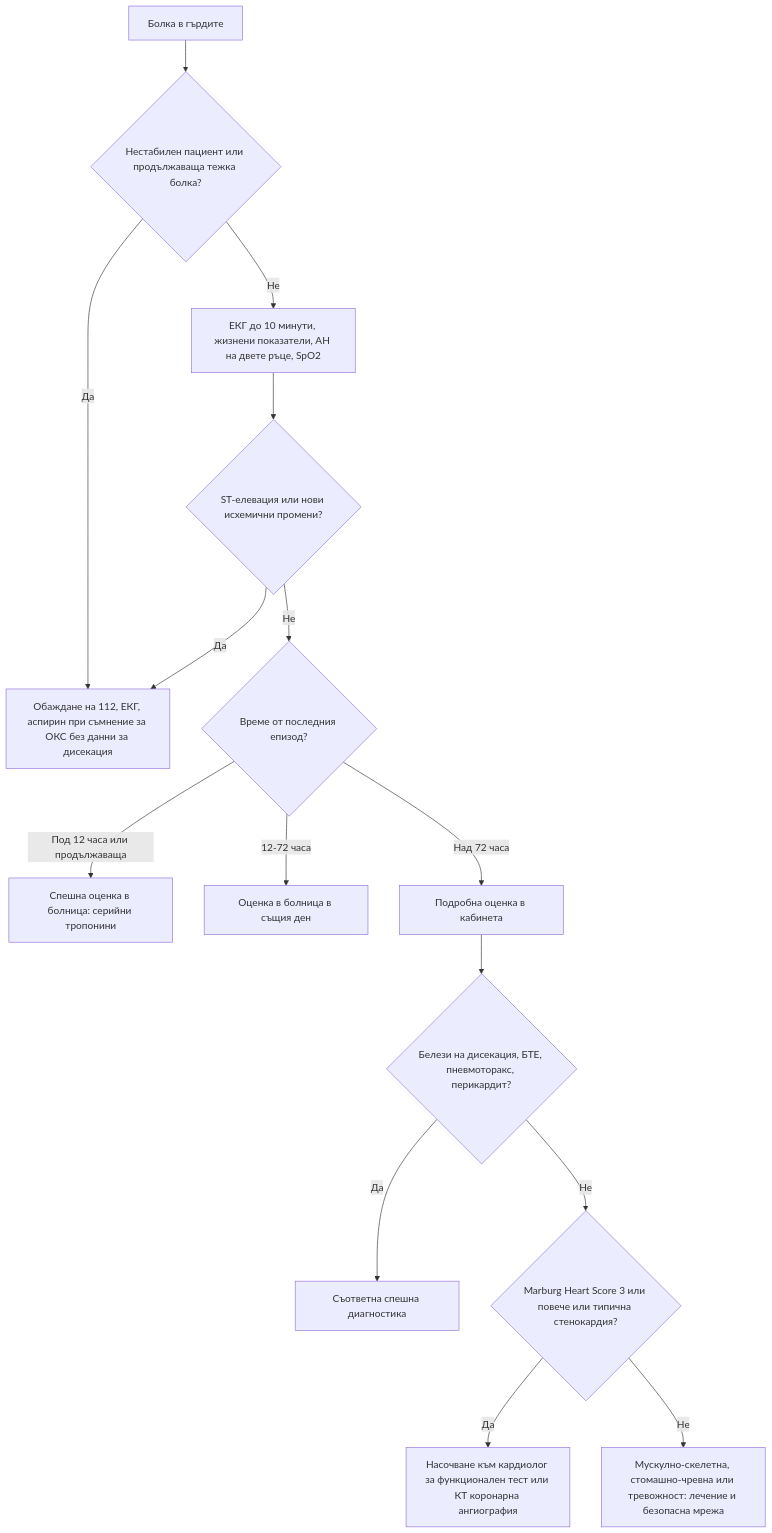
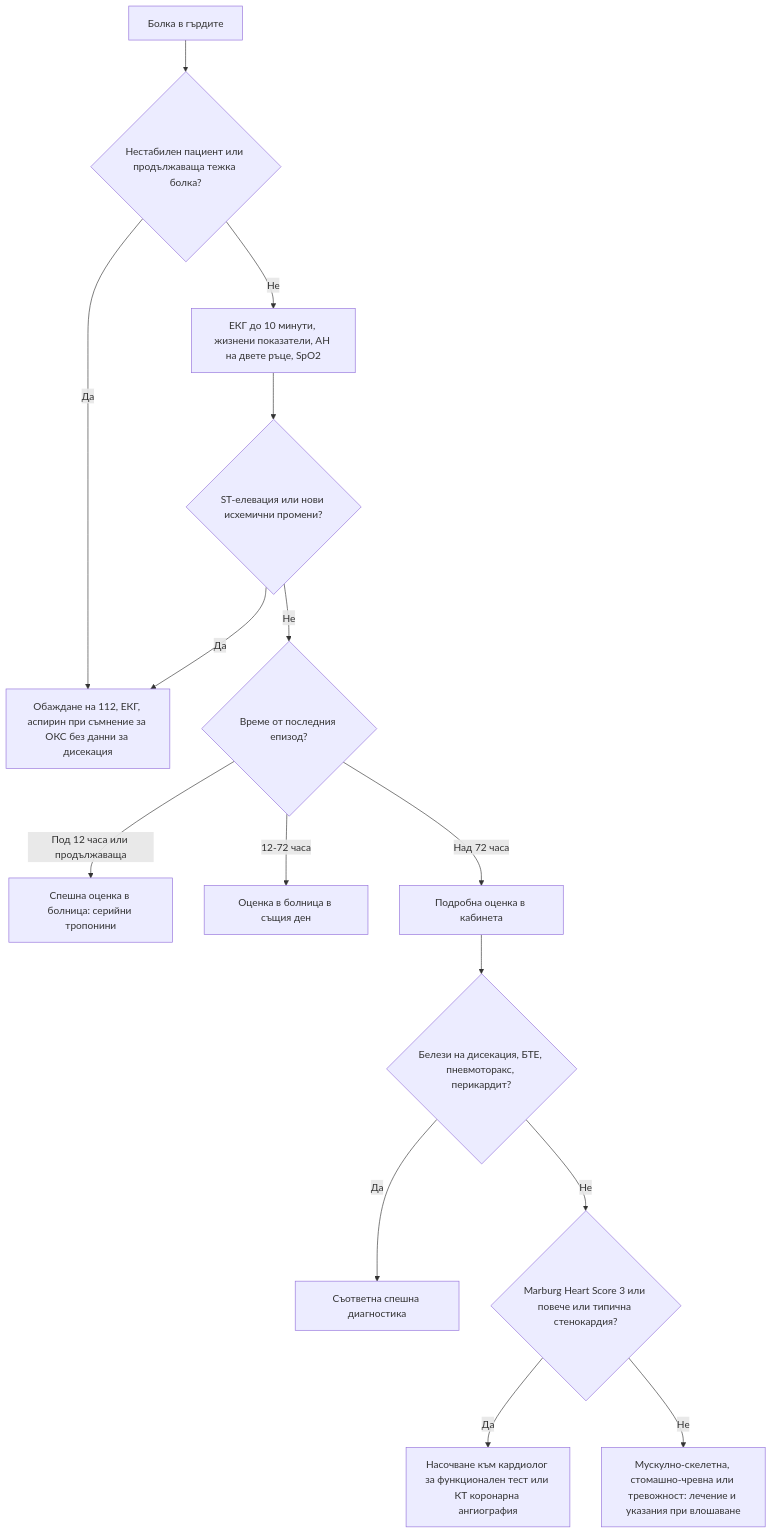
The diagram in glavi/09-bolka-v-gardite.md (yancho26/yancho), drawn with Mermaid before and after one commit. The commit also changed other lines of this file and 90 other files, not shown here.

````diff
--- a/glavi/09-bolka-v-gardite.md
+++ b/glavi/09-bolka-v-gardite.md
@@ -280,19 +280,19 @@
 ```mermaid
 flowchart TD
     accTitle: Диагностичен алгоритъм: болка в гърдите
     accDescr: Блок-схема. Начало: Болка в гърдите. Въпроси: Нестабилен пациент или продължаваща тежка болка? · ST-елевация или нови исхемични промени? · Време от последния епизод? · Белези на дисекация, БТЕ, пневмоторакс, перикардит? · Marburg Heart Score 3 или повече или типична стенокардия? Пълното текстово описание е под схемата.
     A["Болка в гърдите"] --> B{"Нестабилен пациент или продължаваща тежка болка?"}
     B -->|Да| C["Обаждане на 112, ЕКГ, аспирин при съмнение за ОКС без данни за дисекация"]
     B -->|Не| D["ЕКГ до 10 минути, жизнени показатели, АН на двете ръце, SpO2"]
     D --> E{"ST-елевация или нови исхемични промени?"}
     E -->|Да| C
     E -->|Не| F{"Време от последния епизод?"}
     F -->|Под 12 часа или продължаваща| G["Спешна оценка в болница: серийни тропонини"]
     F -->|12-72 часа| H["Оценка в болница в същия ден"]
     F -->|Над 72 часа| I["Подробна оценка в кабинета"]
     I --> J{"Белези на дисекация, БТЕ, пневмоторакс, перикардит?"}
     J -->|Да| K["Съответна спешна диагностика"]
     J -->|Не| L{"Marburg Heart Score 3 или повече или типична стенокардия?"}
     L -->|Да| M["Насочване към кардиолог за функционален тест или КТ коронарна ангиография"]
-    L -->|Не| N["Мускулно-скелетна, стомашно-чревна или тревожност: лечение и безопасна мрежа"]
+    L -->|Не| N["Мускулно-скелетна, стомашно-чревна или тревожност: лечение и указания при влошаване"]
 ```
````
